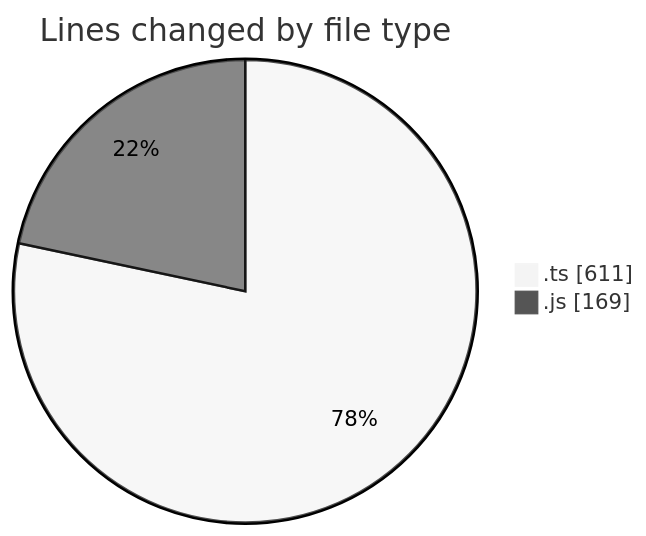
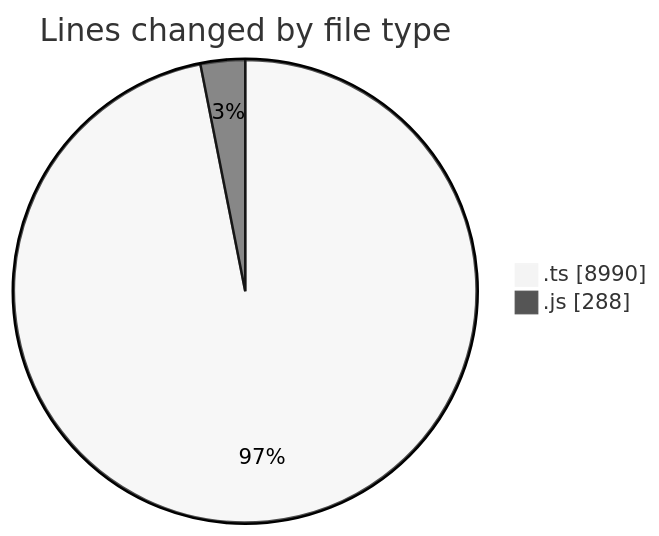
The first of 2 diagrams in 2025-05-28/cda/README.md (momahboobian/code-tracking), drawn with Mermaid (neutral theme) before and after one commit. The commit also changed other lines of this file and 1 other file, not shown here.

````diff
--- a/2025-05-28/cda/README.md
+++ b/2025-05-28/cda/README.md
@@ -23,6 +25,6 @@
 ```mermaid
 pie showData
 title Lines changed by file type
-".ts" : 611
-".js" : 169
+".ts" : 8990
+".js" : 288
 ```
````
